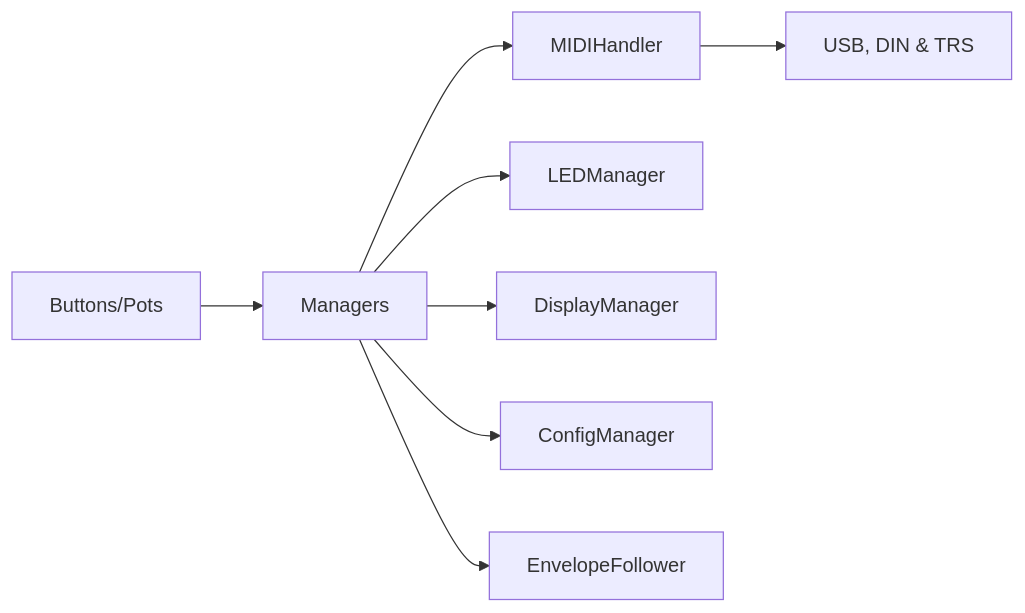
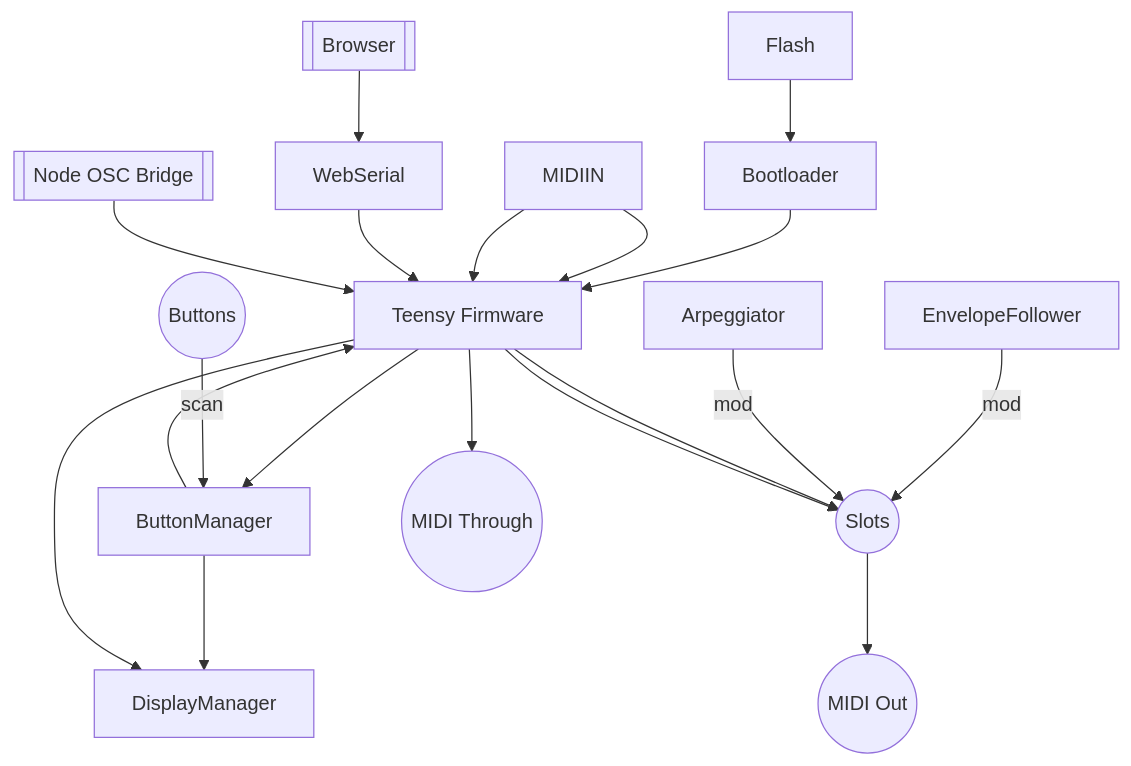
Before and after one commit to bseverns/MOARkNOBS-42: the diagram in firmware/README.md, drawn with Mermaid. The commit also changed other lines of this file, not shown here.

````diff
--- a/firmware/README.md
+++ b/firmware/README.md
@@ -138,16 +136,14 @@
 ```mermaid
-flowchart LR
-  Buttons[Buttons/Pots]
-  Managers[Managers]
-  MIDI[MIDIHandler]
-  Outputs[USB, DIN & TRS]
-  LED[LEDManager]
-  Display[DisplayManager]
-  Config[ConfigManager]
-  Env[EnvelopeFollower]
-  Buttons --> Managers --> MIDI --> Outputs
-  Managers --> LED
-  Managers --> Display
-  Managers --> Config
-  Managers --> Env
+flowchart TD
+  Flash --> Loader[Bootloader] --> FW[Teensy Firmware]
+  FW --> BM[ButtonManager] --> DM[DisplayManager]
+  Buttons((Buttons)) -->|scan| BM --> FW
+  EF[EnvelopeFollower] -->|mod| Slots((Slots))
+  ARP[Arpeggiator] -->|mod| Slots((Slots))
+  MIDIIN --> FW --> DM[DisplayManager]
+  MIDIIN --> FW --> Slots((Slots))
+  Browser[[Browser]] --> WebSerial --> FW
+  NodeOSC[[Node OSC Bridge]] --> FW
+  FW --> Slots((Slots)) --> MIDIOut((MIDI Out))
+  FW --> MIDIThrough((MIDI Through))
 ```
````
